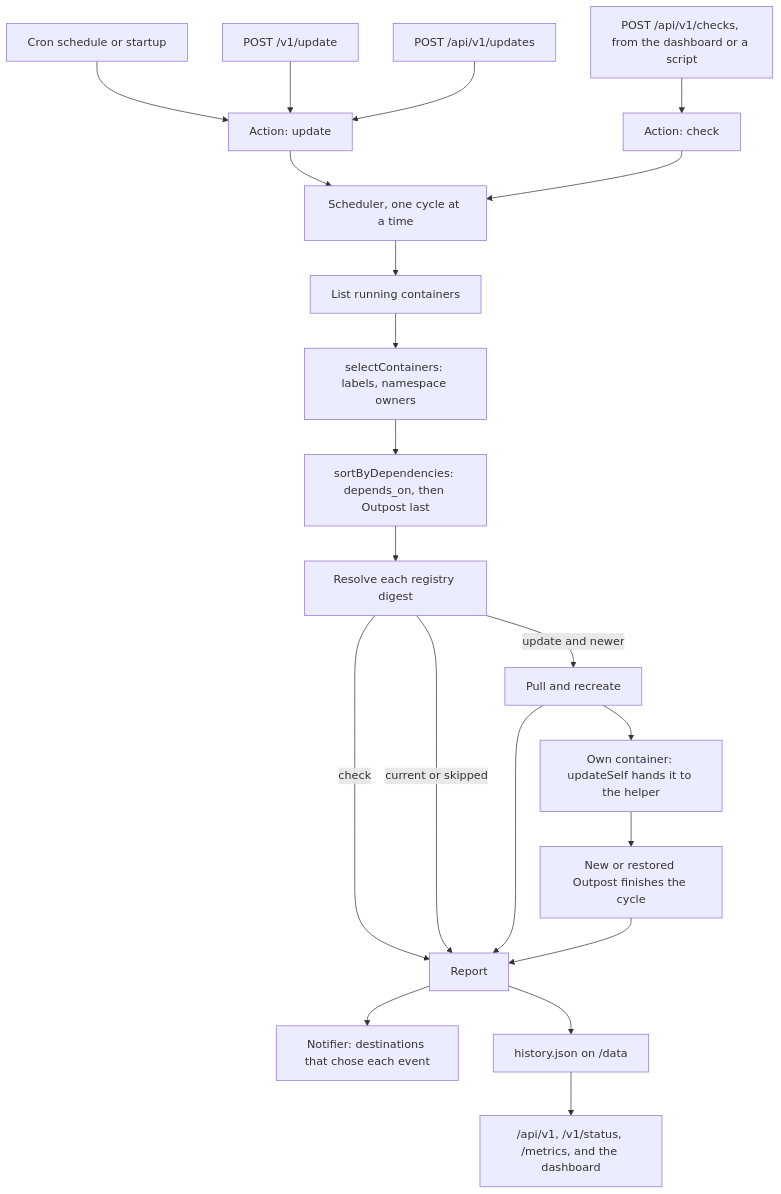
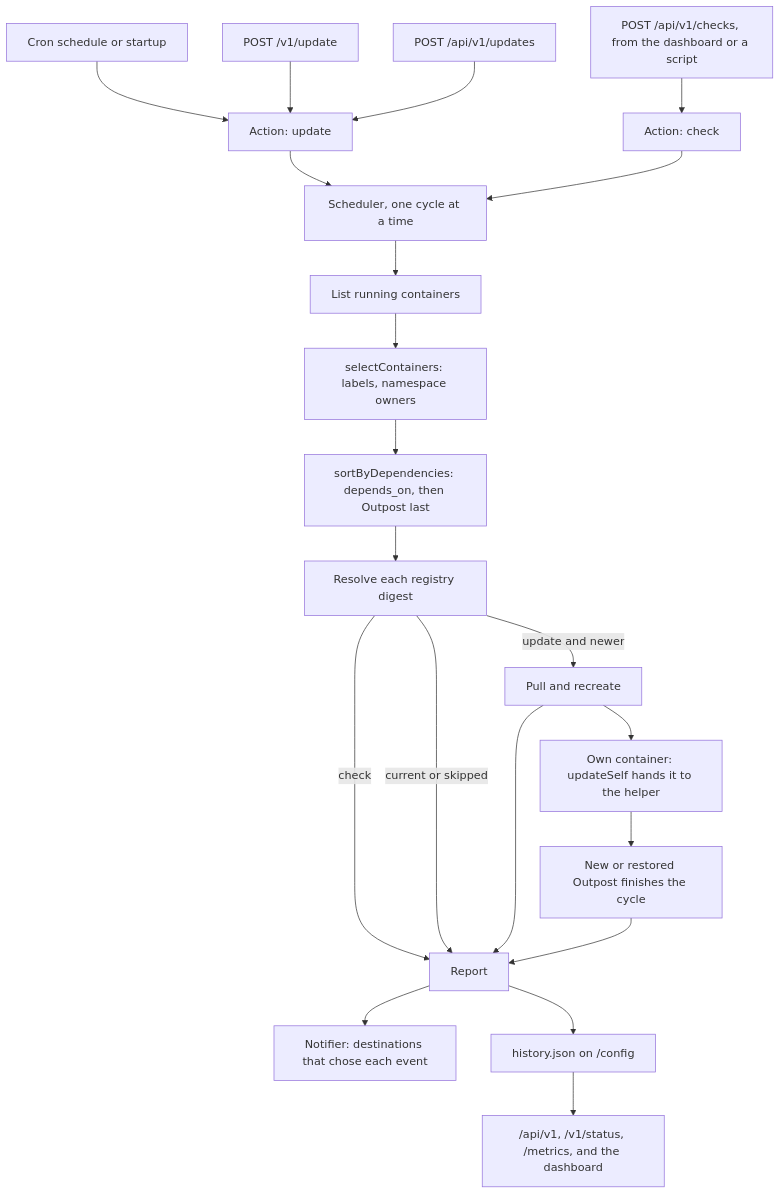
One commit to cbnventures/outpost changed the diagram in apps/docs/docs/reference/architecture.mdx. Above: the diagram before and after it, drawn with Mermaid. The commit also changed other lines of this file and 68 other files, not shown here.

````diff
--- a/apps/docs/docs/reference/architecture.mdx
+++ b/apps/docs/docs/reference/architecture.mdx
@@ -36,23 +36,23 @@
 ```mermaid
 flowchart TD
     Cron[Cron schedule or startup] --> Update[Action: update]
     Api[POST /v1/update] --> Update
     Updates[POST /api/v1/updates] --> Update
     Checks[POST /api/v1/checks, from the dashboard or a script] --> CheckOnly[Action: check]
     Update --> Scheduler
     CheckOnly --> Scheduler
     Scheduler[Scheduler, one cycle at a time] --> List[List running containers]
     List --> Select[selectContainers: labels, namespace owners]
     Select --> Sort[sortByDependencies: depends_on, then Outpost last]
     Sort --> Digest[Resolve each registry digest]
     Digest -->|check| Report[Report]
     Digest -->|update and newer| Apply[Pull and recreate]
     Digest -->|current or skipped| Report
     Apply --> Report
     Apply --> Self[Own container: updateSelf hands it to the helper]
     Self --> Resume[New or restored Outpost finishes the cycle]
     Resume --> Report
     Report --> Notify[Notifier: destinations that chose each event]
-    Report --> History["history.json on /data"]
+    Report --> History["history.json on /config"]
     History --> Status["/api/v1, /v1/status, /metrics, and the dashboard"]
 ```
````
